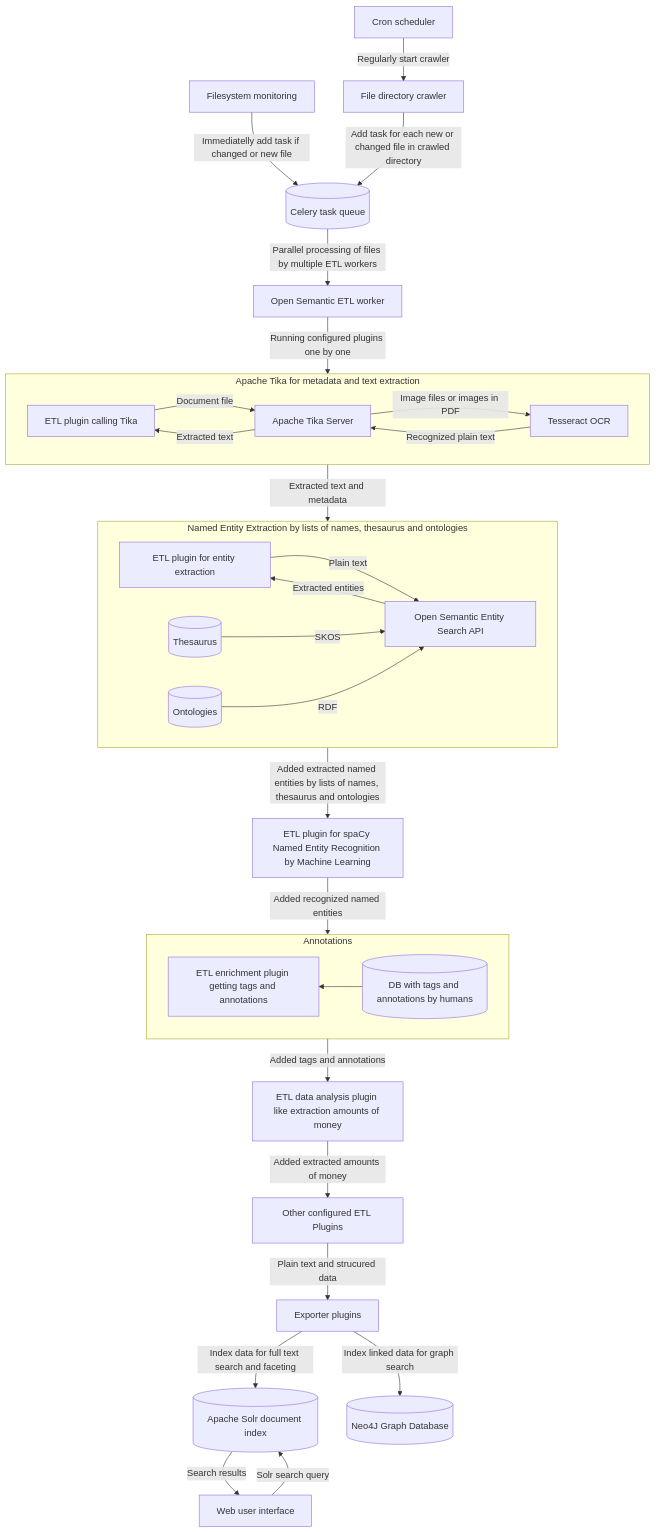
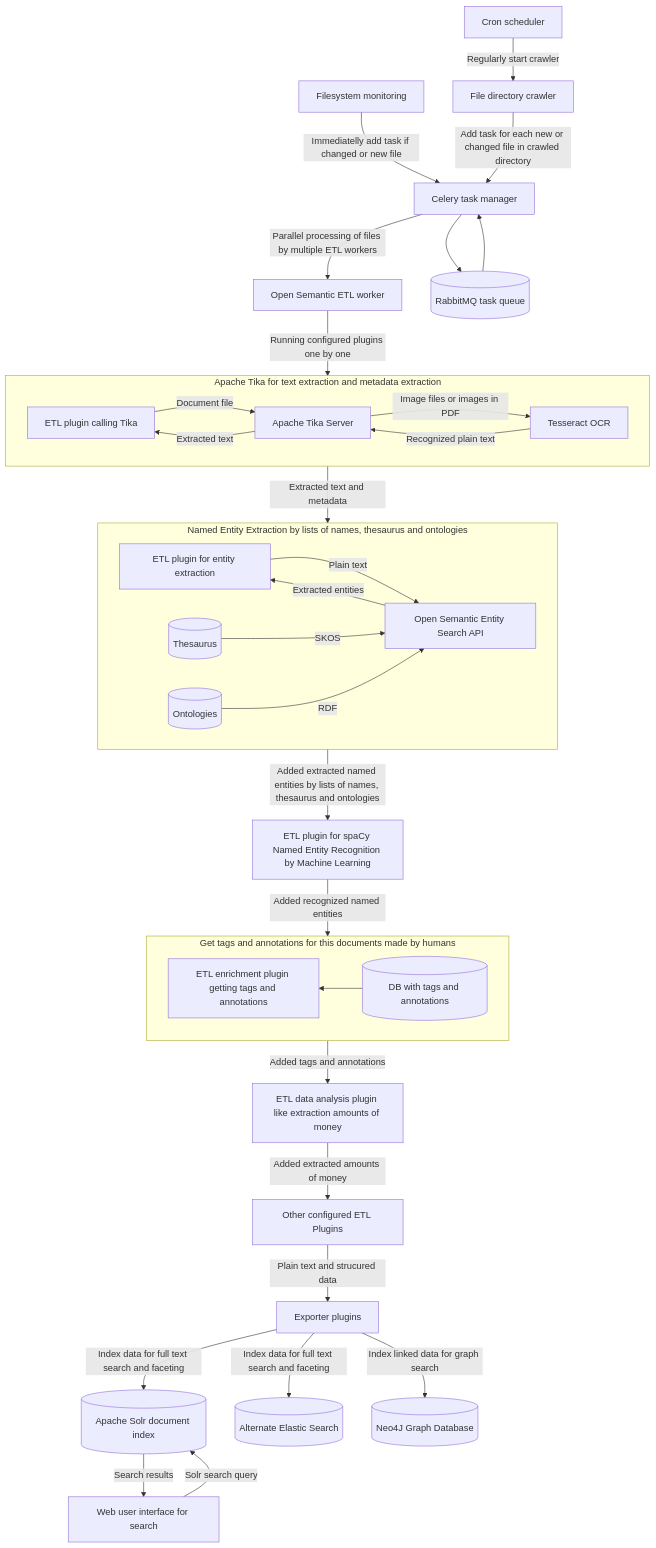
One commit to opensemanticsearch/open-semantic-search changed the diagram in docs/doc/modules/README.md. Above: the diagram before and after it, drawn with Mermaid. The commit also changed other lines of this file, not shown here.

Commit message:
Extend flowchart in architecture documentation

````diff
--- a/docs/doc/modules/README.md
+++ b/docs/doc/modules/README.md
@@ -17,21 +17,25 @@
 flowchart TD
 
 FILEMONITORING[Filesystem monitoring]
-FILEMONITORING-->|Immediatelly add task if changed or new file| TASK_QUEUE
+FILEMONITORING-->|Immediatelly add task if changed or new file| CELERY
 
 SCHEDULER[Cron scheduler]
 SCHEDULER -->|Regularly start crawler| FILECRAWLER
 
 FILECRAWLER[File directory crawler]
-FILECRAWLER -->|Add task for each new or changed file in crawled directory| TASK_QUEUE
+FILECRAWLER -->|Add task for each new or changed file in crawled directory| CELERY
 
-TASK_QUEUE[(Celery task queue)]
-TASK_QUEUE-->|Parallel processing of files by multiple ETL workers| ETL_WORKER
+CELERY[Celery task manager]
+CELERY -->|Parallel processing of files by multiple ETL workers| ETL_WORKER
+CELERY --> RABBITMQ
+
+RABBITMQ[(RabbitMQ task queue)]
+RABBITMQ --> CELERY
 
 ETL_WORKER[Open Semantic ETL worker]
 ETL_WORKER -->|Running configured plugins one by one| TIKA
 
-subgraph TIKA [Apache Tika for metadata and text extraction]
+subgraph TIKA [Apache Tika for text extraction and metadata extraction]
   direction LR
 
   TIKA_PLUGIN[ETL plugin calling Tika]
@@ -68,10 +72,10 @@
 NER[ETL plugin for spaCy Named Entity Recognition by Machine Learning]
 NER -->|Added recognized named entities| ANNOTATIONS
 
-subgraph ANNOTATIONS [Annotations]
+subgraph ANNOTATIONS [Get tags and annotations for this documents made by humans]
   direction RL
 
-  ANNOTATIONS_DB[(DB with tags and annotations by humans)]
+  ANNOTATIONS_DB[(DB with tags and annotations)]
   ANNOTATIONS_DB --> ANNOTATIONS_PLUGIN
 
   ANNOTATIONS_PLUGIN[ETL enrichment plugin getting tags and annotations]
@@ -86,15 +90,18 @@
 
 EXPORTER[Exporter plugins]
 EXPORTER -->|Index data for full text search and faceting| SOLR
+EXPORTER -->|Index data for full text search and faceting| ELASTICSEARCH
 EXPORTER -->|Index linked data for graph search| NEO4J
+
+
+SOLR[(Apache Solr document index)]
+SOLR -->|Search results| UI
+UI[Web user interface for search]
+UI -->|Solr search query| SOLR
+
+ELASTICSEARCH[(Alternate Elastic Search)]
 
 NEO4J[(Neo4J Graph Database)]
 
-SOLR[(Apache Solr document index)]
-SOLR -->|Search results| UI
-UI[Web user interface]
-UI -->|Solr search query| SOLR
-
-
 
 ```
````
